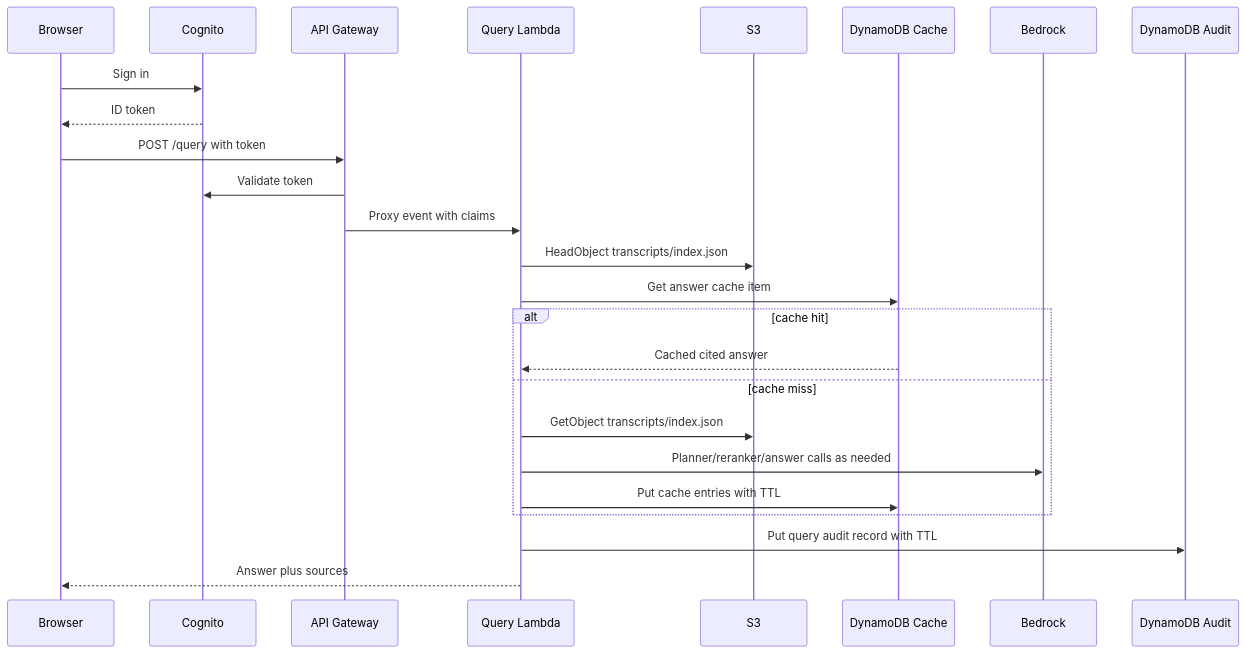
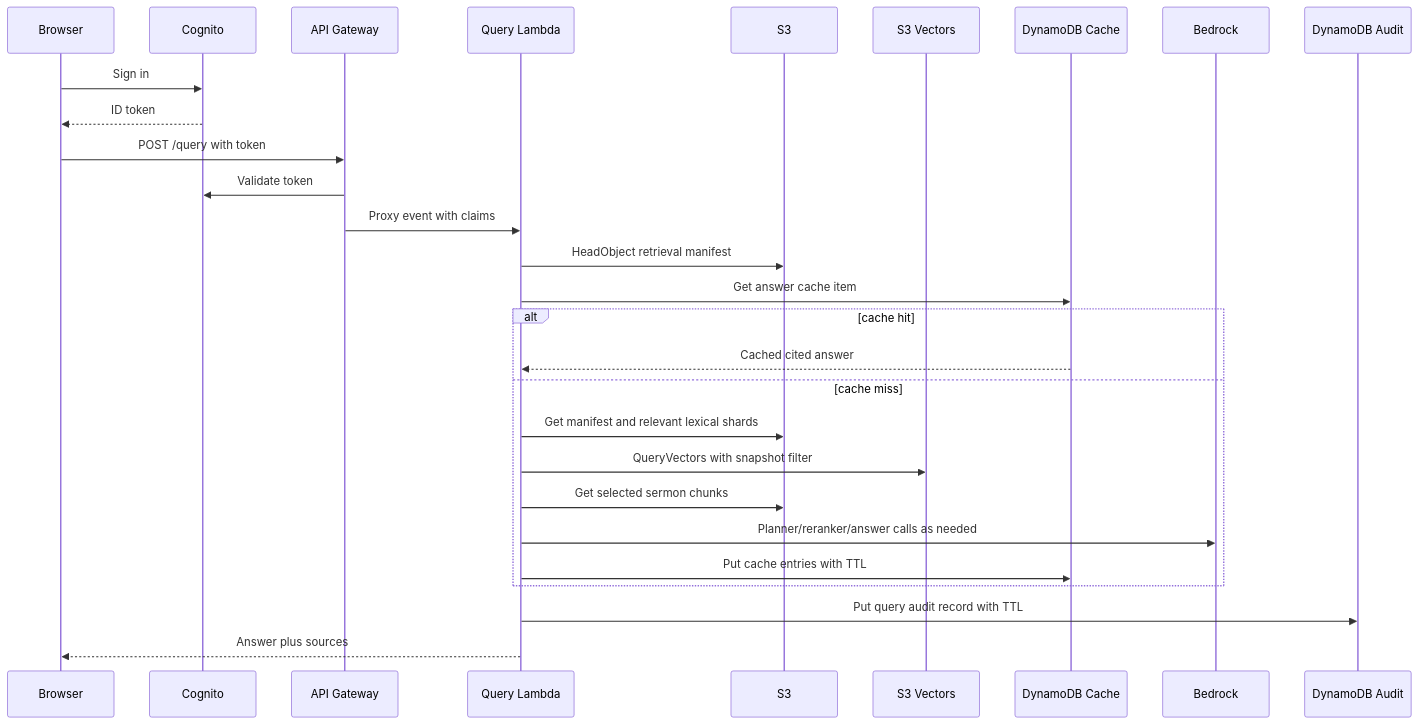
Before and after one commit to manynames3/pulpit: the second of 3 diagrams in docs/architecture.md, drawn with Mermaid. The commit also changed other lines of this file and 32 other files, not shown here.

Commit message:
Migrate hybrid retrieval to S3 Vectors snapshots

````diff
--- a/docs/architecture.md
+++ b/docs/architecture.md
@@ -154,28 +162,31 @@
 ```mermaid
 sequenceDiagram
     participant Browser
     participant Cognito
     participant API as API Gateway
     participant Lambda as Query Lambda
     participant S3
+    participant Vectors as S3 Vectors
     participant Cache as DynamoDB Cache
     participant Bedrock
     participant Audit as DynamoDB Audit
 
     Browser->>Cognito: Sign in
     Cognito-->>Browser: ID token
     Browser->>API: POST /query with token
     API->>Cognito: Validate token
     API->>Lambda: Proxy event with claims
-    Lambda->>S3: HeadObject transcripts/index.json
+    Lambda->>S3: HeadObject retrieval manifest
     Lambda->>Cache: Get answer cache item
     alt cache hit
         Cache-->>Lambda: Cached cited answer
     else cache miss
-        Lambda->>S3: GetObject transcripts/index.json
+        Lambda->>S3: Get manifest and relevant lexical shards
+        Lambda->>Vectors: QueryVectors with snapshot filter
+        Lambda->>S3: Get selected sermon chunks
         Lambda->>Bedrock: Planner/reranker/answer calls as needed
         Lambda->>Cache: Put cache entries with TTL
     end
     Lambda->>Audit: Put query audit record with TTL
     Lambda-->>Browser: Answer plus sources
 ```
````
